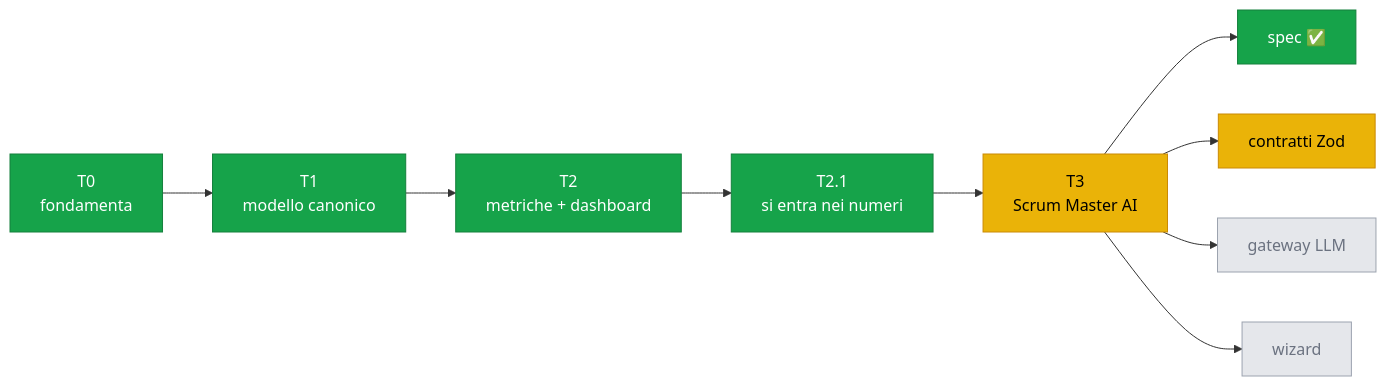
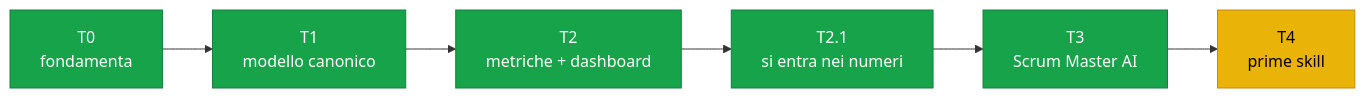
One commit to dibari62/scrum-master-ai changed the third of 3 diagrams in docs/stato-progetto.md. Above: the diagram before and after it, drawn with Mermaid. The commit also changed other lines of this file and 12 other files, not shown here.

````diff
--- a/docs/stato-progetto.md
+++ b/docs/stato-progetto.md
@@ -120,19 +125,14 @@
 ```mermaid
 graph LR
     A["T0<br/>fondamenta"] --> B["T1<br/>modello canonico"]
     B --> C["T2<br/>metriche + dashboard"]
     C --> C1["T2.1<br/>si entra nei numeri"]
     C1 --> D["T3<br/>Scrum Master AI"]
-    D --> D1["spec ✅"]
-    D --> D2["contratti Zod"]
-    D --> D3["gateway LLM"]
-    D --> D4["wizard"]
+    D --> E["T4<br/>prime skill"]
 
     classDef fatto fill:#16a34a,stroke:#15803d,color:#fff
     classDef prossimo fill:#eab308,stroke:#ca8a04,color:#000
-    classDef todo fill:#e5e7eb,stroke:#9ca3af,color:#6b7280
 
-    class A,B,C,C1,D1 fatto
-    class D,D2 prossimo
-    class D3,D4 todo
+    class A,B,C,C1,D fatto
+    class E prossimo
 ```
````
